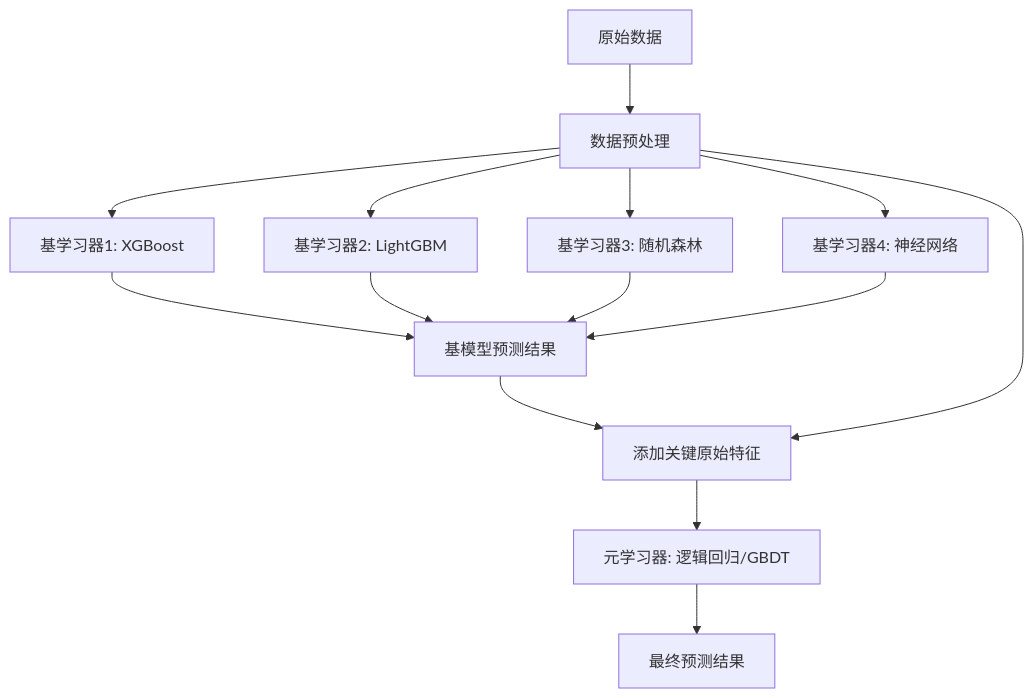
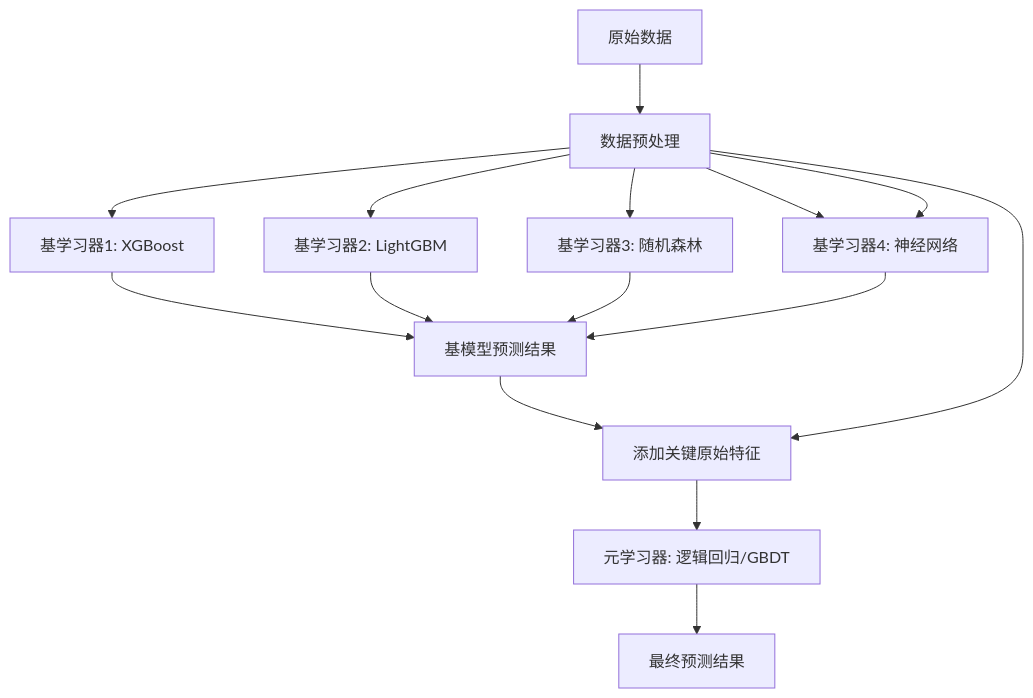
The diagram in all/未命名.md (fromwhitetoblack/iodraw-files), drawn with Mermaid before and after one commit.

Commit message:
2025-03-11 11:59:38 update

````diff
--- a/all/未命名.md
+++ b/all/未命名.md
@@ -1,16 +1,17 @@
 ```mermaid
 graph TD
     A[原始数据] --> B[数据预处理]
     B --> C1[基学习器1: XGBoost]
     B --> C2[基学习器2: LightGBM]
     B --> C3[基学习器3: 随机森林]
+    B --> C4[基学习器4: 神经网络]
     B --> C4[基学习器4: 神经网络]
     C1 --> D[基模型预测结果]
     C2 --> D
     C3 --> D
     C4 --> D
     D --> E[元学习器输入特征]
     B --> E[添加关键原始特征]
     E --> F[元学习器: 逻辑回归/GBDT]
     F --> G[最终预测结果]
 ```
````
